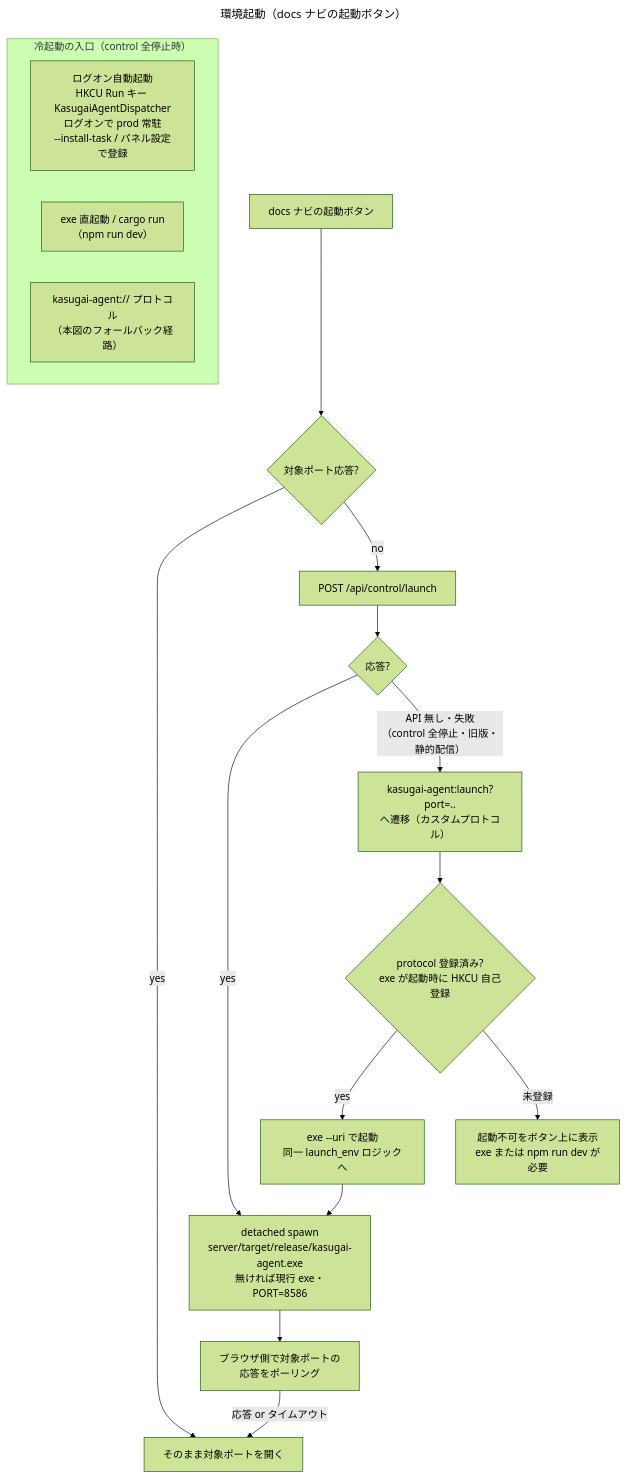
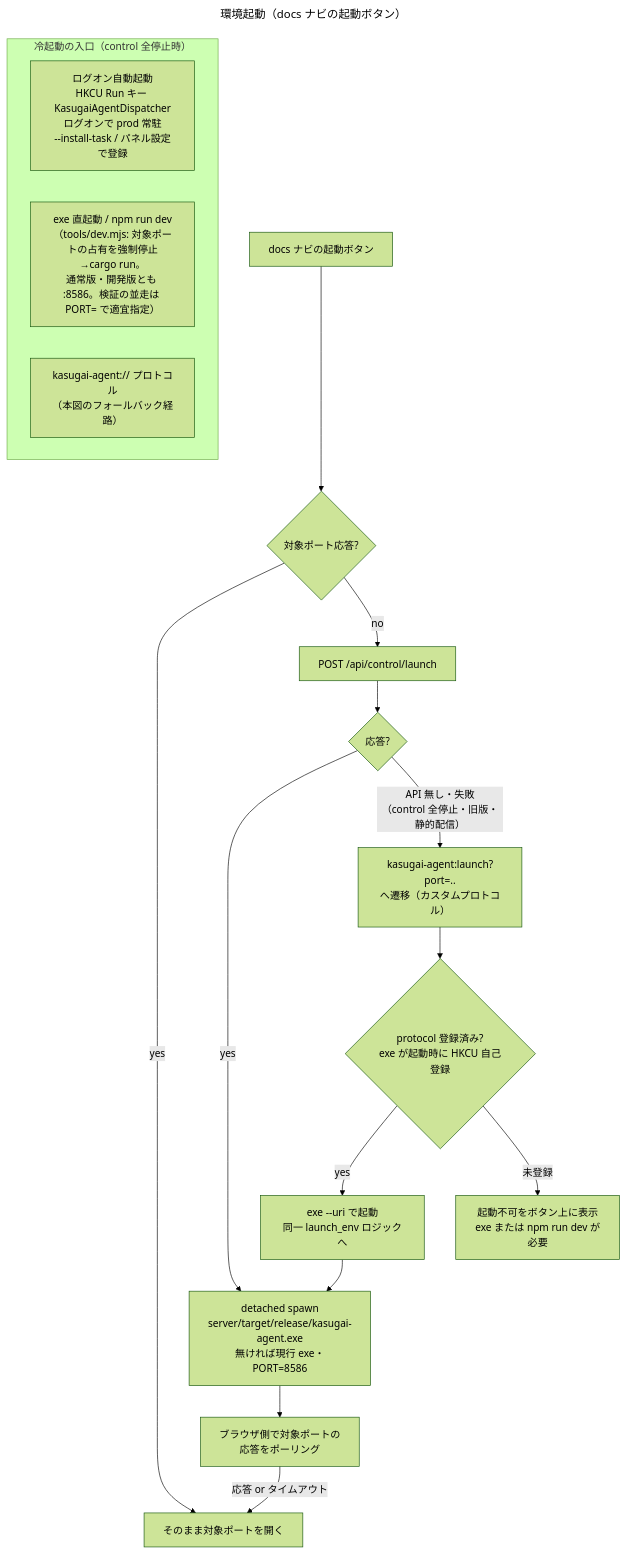
Before and after one commit to yamamoto-ryuzo/kasugai_agent: the diagram in diagrams/env-launch.mmd, drawn with Mermaid (forest theme). The commit also changed 64 other files, not shown here.

```diff
--- a/diagrams/env-launch.mmd
+++ b/diagrams/env-launch.mmd
@@ -1,22 +1,22 @@
 ---
 title: 環境起動（docs ナビの起動ボタン）
 ---
 flowchart TD
     BTN[docs ナビの起動ボタン] --> UP{対象ポート応答?}
     UP -->|yes| OPEN[そのまま対象ポートを開く]
     UP -->|no| API[POST /api/control/launch]
     API --> APIOK{応答?}
     APIOK -->|yes| PS[detached spawn<br/>server/target/release/kasugai-agent.exe<br/>無ければ現行 exe・PORT=8586]
     APIOK -->|API 無し・失敗<br/>（control 全停止・旧版・静的配信）| PROTO[kasugai-agent:launch?port=..<br/>へ遷移（カスタムプロトコル）]
     PROTO --> PROTREG{protocol 登録済み?<br/>exe が起動時に HKCU 自己登録}
     PROTREG -->|yes| URI[exe --uri で起動<br/>同一 launch_env ロジックへ]
     PROTREG -->|未登録| WARN[起動不可をボタン上に表示<br/>exe または npm run dev が必要]
     URI --> PS
     PS --> WAIT[ブラウザ側で対象ポートの<br/>応答をポーリング]
     WAIT -->|応答 or タイムアウト| OPEN
 
     subgraph COLD[冷起動の入口（control 全停止時）]
         TS[ログオン自動起動<br/>HKCU Run キー KasugaiAgentDispatcher<br/>ログオンで prod 常駐<br/>--install-task / パネル設定で登録]
-        MANUAL[exe 直起動 / cargo run<br/>（npm run dev）]
+        MANUAL[exe 直起動 / npm run dev<br/>（tools/dev.mjs: 対象ポートの占有を強制停止→cargo run。<br/>通常版・開発版とも :8586。検証の並走は PORT= で適宜指定）]
         PROTO2[kasugai-agent:// プロトコル<br/>（本図のフォールバック経路）]
     end
```
